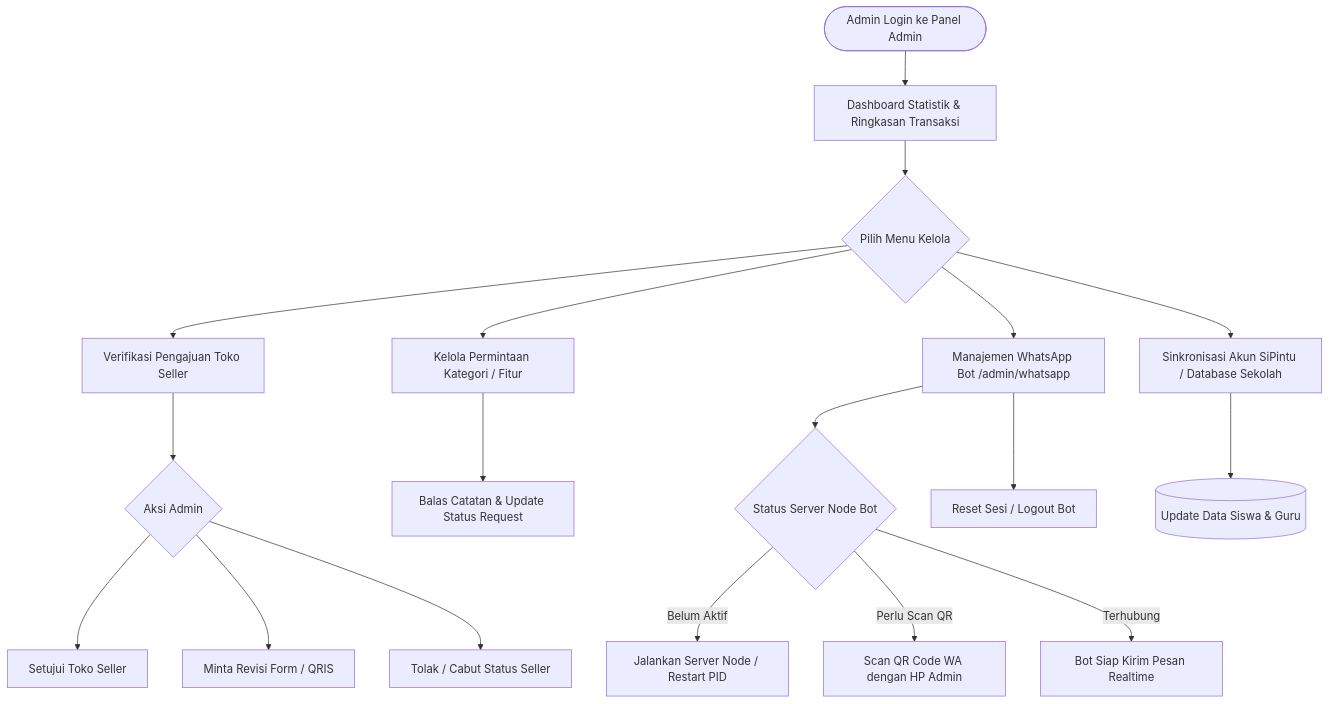
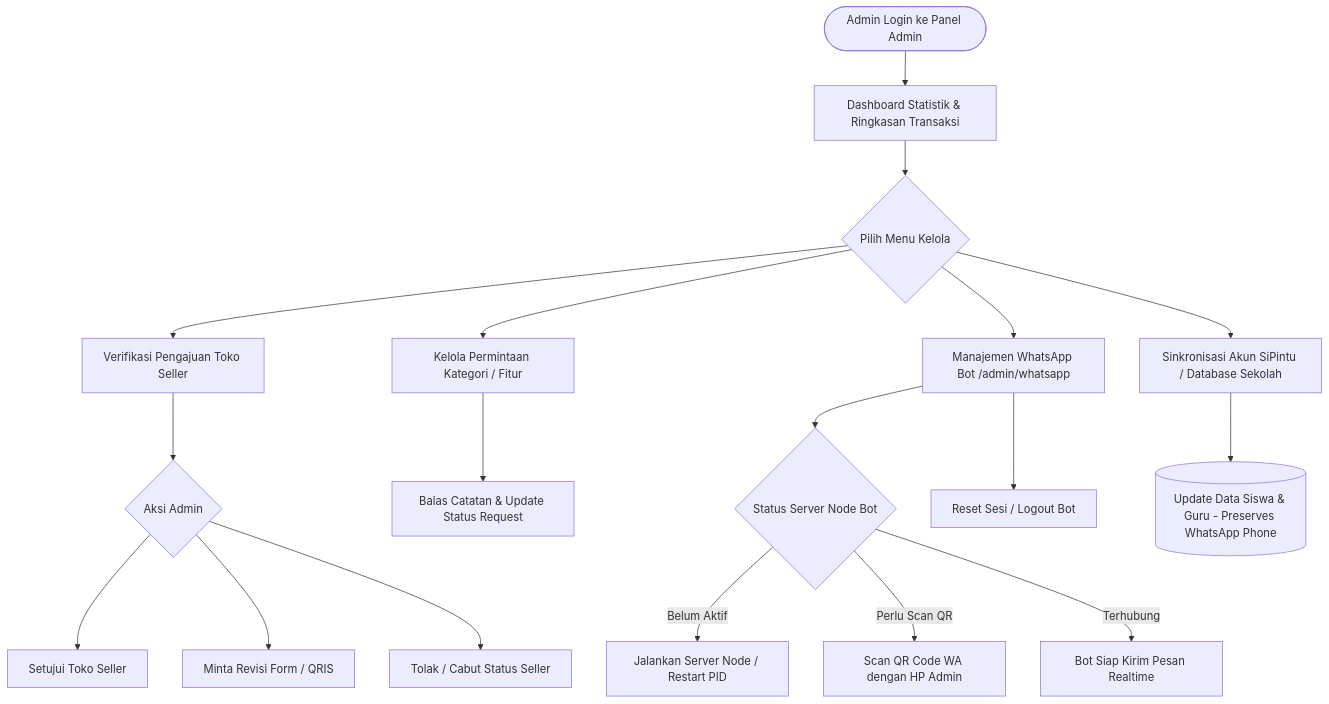
Before and after one commit to Z-Forz/Eskasaba_Marketplace: the fourth of 7 diagrams in FLOWCHART_USERS _ESKAMART.md, drawn with Mermaid. The commit also changed other lines of this file and 2 other files, not shown here.

Commit message:
docs: update FLOWCHART_USERS _ESKAMART.md and WHATSAPPBOT_GUIDE.md with real-time webhook, plain_password display, and login alert banner

````diff
--- a/FLOWCHART_USERS _ESKAMART.md
+++ b/FLOWCHART_USERS _ESKAMART.md
@@ -190,25 +190,25 @@
 ```mermaid
 flowchart TD
     StartAdmin([Admin Login ke Panel Admin]) --> AdminDashboard[Dashboard Statistik & Ringkasan Transaksi]
     
     AdminDashboard --> AdminMenu{Pilih Menu Kelola}
     
     AdminMenu --> VerifSellers[Verifikasi Pengajuan Toko Seller]
     VerifSellers --> ActionVerif{Aksi Admin}
     ActionVerif --> ApproveSeller[Setujui Toko Seller]
     ActionVerif --> ReviseSeller[Minta Revisi Form / QRIS]
     ActionVerif --> RejectSeller[Tolak / Cabut Status Seller]
     
     AdminMenu --> ManageRequests[Kelola Permintaan Kategori / Fitur]
     ManageRequests --> RespondReq[Balas Catatan & Update Status Request]
     
     AdminMenu --> WABotManager[Manajemen WhatsApp Bot /admin/whatsapp]
     WABotManager --> CheckBotState{Status Server Node Bot}
     CheckBotState -- Belum Aktif --> StartNodeProc[Jalankan Server Node / Restart PID]
     CheckBotState -- Perlu Scan QR --> ScanQR[Scan QR Code WA dengan HP Admin]
     CheckBotState -- Terhubung --> ActiveBot[Bot Siap Kirim Pesan Realtime]
     WABotManager --> ResetSession[Reset Sesi / Logout Bot]
     
     AdminMenu --> SyncUser[Sinkronisasi Akun SiPintu / Database Sekolah]
-    SyncUser --> FetchSiPintu[(Update Data Siswa & Guru)]
+    SyncUser --> FetchSiPintu[(Update Data Siswa & Guru - Preserves WhatsApp Phone)]
 ```
````
